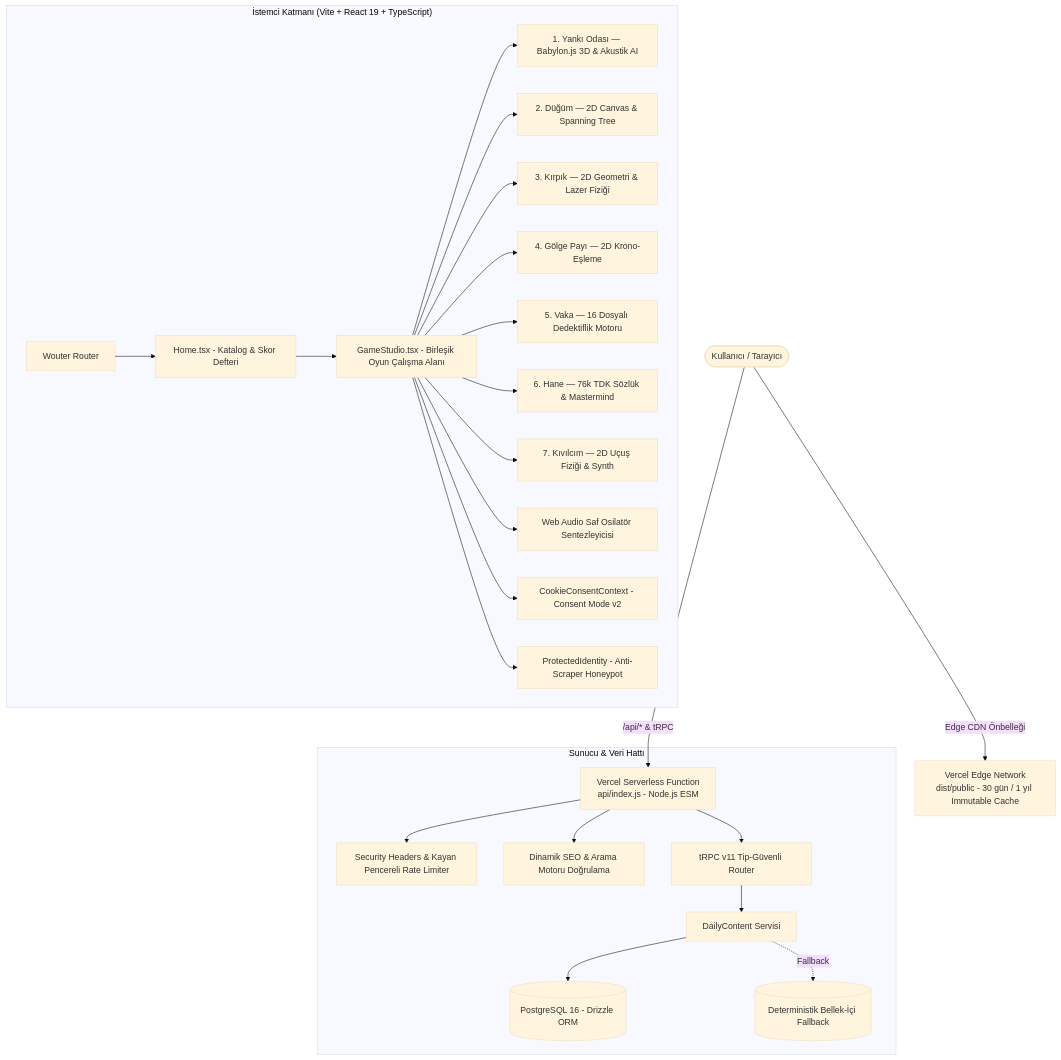
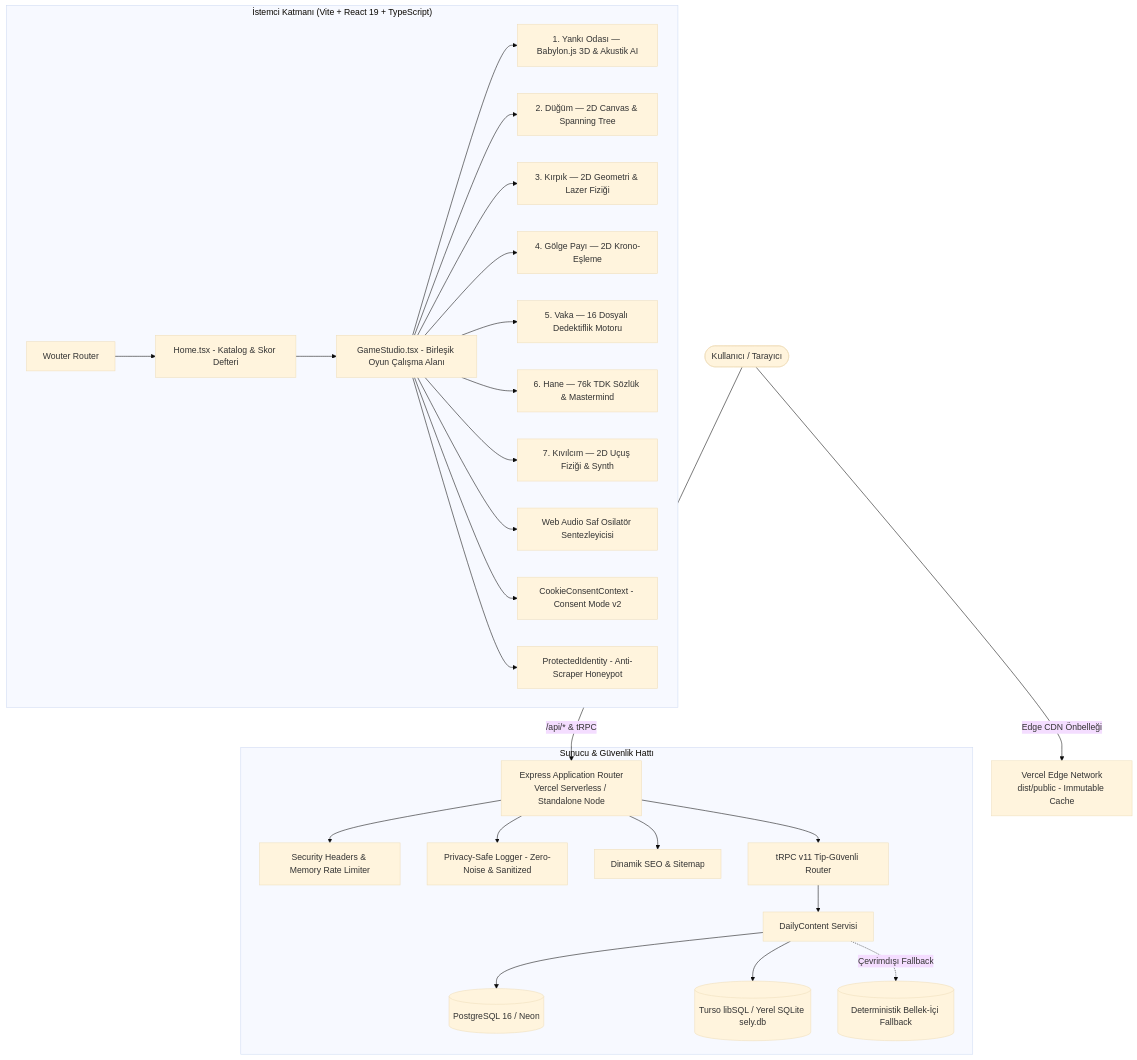
Before and after one commit to dixtuel/sely-minigame-hub: the diagram in README.md, drawn with Mermaid (base theme). The commit also changed other lines of this file, not shown here.

Commit message:
docs(readme): rewrite README with modern open-source standard, hybrid architecture, and self-hosting guide

````diff
--- a/README.md
+++ b/README.md
@@ -125,32 +127,34 @@
 ```mermaid
 graph TD
-    Client([Kullanıcı / Tarayıcı]) -->|Edge CDN Önbelleği| VercelCDN[Vercel Edge Network<br/>dist/public - 30 gün / 1 yıl Immutable Cache]
-    Client -->|/api/* & tRPC| VercelFn[Vercel Serverless Function<br/>api/index.js - Node.js ESM]
+    Client([Kullanıcı / Tarayıcı]) -->|Edge CDN Önbelleği| VercelCDN[Vercel Edge Network<br/>dist/public - Immutable Cache]
+    Client -->|/api/* & tRPC| AppRouter[Express Application Router<br/>Vercel Serverless / Standalone Node]
 
     subgraph "İstemci Katmanı (Vite + React 19 + TypeScript)"
         Router[Wouter Router] --> Home[Home.tsx - Katalog & Skor Defteri]
         Home --> GameStudio[GameStudio.tsx - Birleşik Oyun Çalışma Alanı]
         
         GameStudio --> Echo[1. Yankı Odası — Babylon.js 3D & Akustik AI]
         GameStudio --> Knot[2. Düğüm — 2D Canvas & Spanning Tree]
         GameStudio --> Cut[3. Kırpık — 2D Geometri & Lazer Fiziği]
         GameStudio --> Shadow[4. Gölge Payı — 2D Krono-Eşleme]
         GameStudio --> Vaka[5. Vaka — 16 Dosyalı Dedektiflik Motoru]
         GameStudio --> Hane[6. Hane — 76k TDK Sözlük & Mastermind]
         GameStudio --> Spark[7. Kıvılcım — 2D Uçuş Fiziği & Synth]
 
         GameStudio --> WebAudio[Web Audio Saf Osilatör Sentezleyicisi]
         GameStudio --> Consent[CookieConsentContext - Consent Mode v2]
         GameStudio --> Honeypot[ProtectedIdentity - Anti-Scraper Honeypot]
     end
 
-    subgraph "Sunucu & Veri Hattı"
-        VercelFn --> Security[Security Headers & Kayan Pencereli Rate Limiter]
-        VercelFn --> SEORoutes[Dinamik SEO & Arama Motoru Doğrulama]
-        VercelFn --> tRPC[tRPC v11 Tip-Güvenli Router]
+    subgraph "Sunucu & Güvenlik Hattı"
+        AppRouter --> Security[Security Headers & Memory Rate Limiter]
+        AppRouter --> Logger[Privacy-Safe Logger - Zero-Noise & Sanitized]
+        AppRouter --> SEORoutes[Dinamik SEO & Sitemap]
+        AppRouter --> tRPC[tRPC v11 Tip-Güvenli Router]
         
         tRPC --> DailyService[DailyContent Servisi]
-        DailyService --> Postgres[(PostgreSQL 16 - Drizzle ORM)]
-        DailyService -.->|Fallback| Memory[(Deterministik Bellek-İçi Fallback)]
+        DailyService --> Postgres[(PostgreSQL 16 / Neon)]
+        DailyService --> Turso[(Turso libSQL / Yerel SQLite sely.db)]
+        DailyService -.->|Çevrimdışı Fallback| Memory[(Deterministik Bellek-İçi Fallback)]
     end
 ```
````
